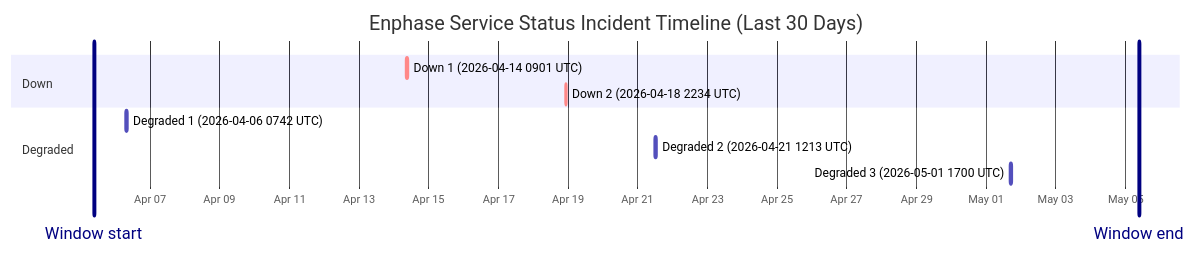
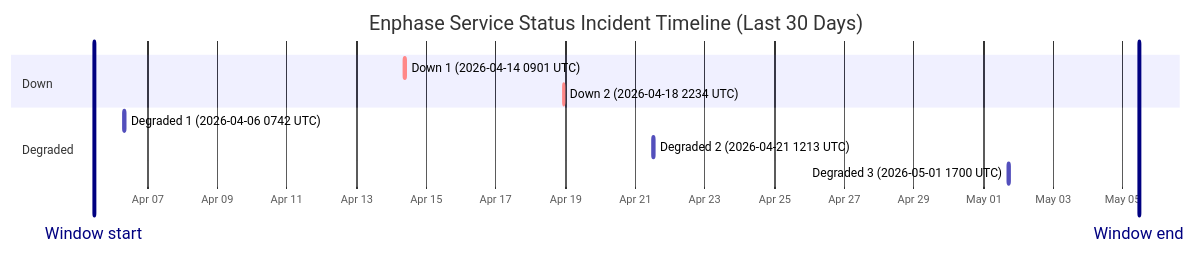
Before and after one commit to barneyonline/ha-enphase-ev-charger: the diagram in wiki/Service-Status-History.md, drawn with Mermaid. The commit also changed other lines of this file and 3 other files, not shown here.

````diff
--- a/wiki/Service-Status-History.md
+++ b/wiki/Service-Status-History.md
@@ -14,15 +14,15 @@
 ```mermaid
 gantt
     title Enphase Service Status Incident Timeline (Last 30 Days)
     dateFormat  YYYY-MM-DDTHH:mm:ss
     axisFormat  %b %d
-    Window start :vert, window-start, 2026-04-05T09:26:38, 0ms
-    Window end :vert, window-end, 2026-05-05T09:26:38, 0ms
+    Window start :vert, window-start, 2026-04-05T11:01:24, 0ms
+    Window end :vert, window-end, 2026-05-05T11:01:24, 0ms
     section Down
     Down 1 (2026-04-14 0901 UTC) :crit, down-1, 2026-04-14T09:01:13, 60m
     Down 2 (2026-04-18 2234 UTC) :crit, down-2, 2026-04-18T22:34:13, 60m
     section Degraded
     Degraded 1 (2026-04-06 0742 UTC) :active, degraded-1, 2026-04-06T07:42:09, 85m
     Degraded 2 (2026-04-21 1213 UTC) :active, degraded-2, 2026-04-21T12:13:11, 60m
     Degraded 3 (2026-05-01 1700 UTC) :active, degraded-3, 2026-05-01T17:00:22, 60m
 ```
````
